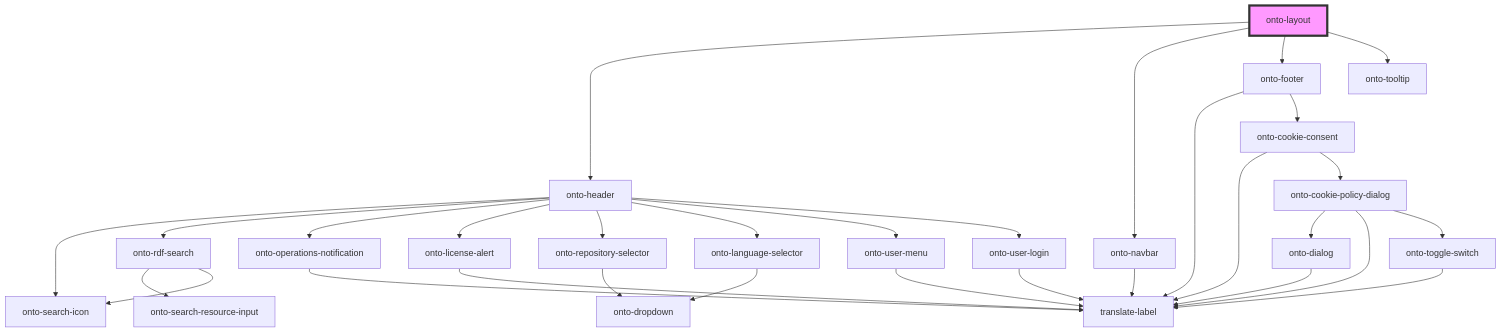
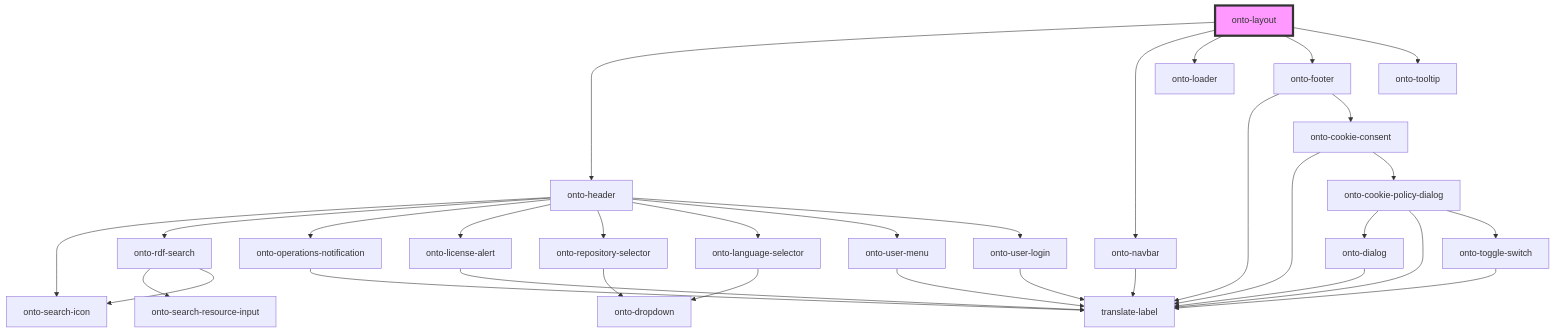
One commit to Ontotext-AD/graphdb-workbench changed the diagram in packages/shared-components/src/components/onto-layout/readme.md. Above: the diagram before and after it, drawn with Mermaid. The commit also changed other lines of this file and 20 other files, not shown here.

````diff
--- a/packages/shared-components/src/components/onto-layout/readme.md
+++ b/packages/shared-components/src/components/onto-layout/readme.md
@@ -18,34 +19,35 @@
 ```mermaid
 graph TD;
   onto-layout --> onto-header
   onto-layout --> onto-navbar
+  onto-layout --> onto-loader
   onto-layout --> onto-footer
   onto-layout --> onto-tooltip
   onto-header --> onto-search-icon
   onto-header --> onto-rdf-search
   onto-header --> onto-operations-notification
   onto-header --> onto-license-alert
   onto-header --> onto-repository-selector
   onto-header --> onto-language-selector
   onto-header --> onto-user-menu
   onto-header --> onto-user-login
   onto-rdf-search --> onto-search-resource-input
   onto-rdf-search --> onto-search-icon
   onto-operations-notification --> translate-label
   onto-license-alert --> translate-label
   onto-repository-selector --> onto-dropdown
   onto-language-selector --> onto-dropdown
   onto-user-menu --> translate-label
   onto-user-login --> translate-label
   onto-navbar --> translate-label
   onto-footer --> translate-label
   onto-footer --> onto-cookie-consent
   onto-cookie-consent --> translate-label
   onto-cookie-consent --> onto-cookie-policy-dialog
   onto-cookie-policy-dialog --> onto-dialog
   onto-cookie-policy-dialog --> translate-label
   onto-cookie-policy-dialog --> onto-toggle-switch
   onto-dialog --> translate-label
   onto-toggle-switch --> translate-label
   style onto-layout fill:#f9f,stroke:#333,stroke-width:4px
 ```
````
